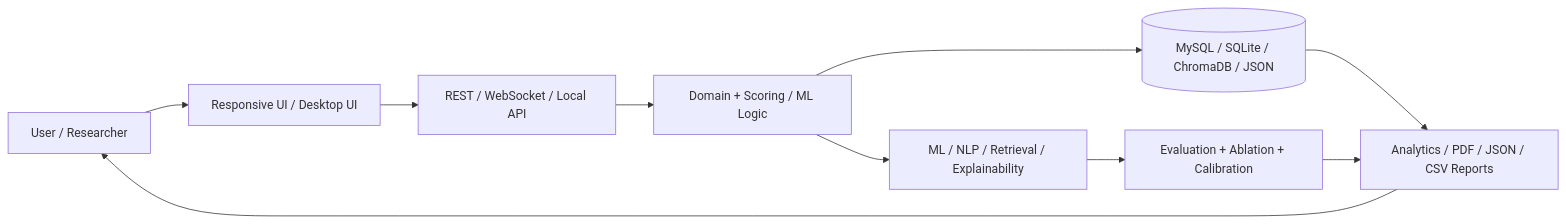
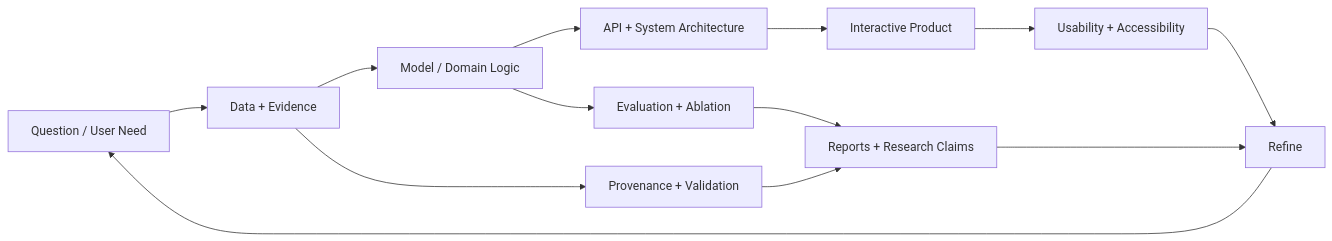
The diagram in README.md (tahmidd01/tahmidd01), drawn with Mermaid before and after one commit. The commit also changed other lines of this file, not shown here.

````diff
--- a/README.md
+++ b/README.md
@@ -289,12 +181,15 @@
 ```mermaid
 flowchart LR
-    U[User / Researcher] --> UI[Responsive UI / Desktop UI]
-    UI --> API[REST / WebSocket / Local API]
-    API --> CORE[Domain + Scoring / ML Logic]
-    CORE --> DB[(MySQL / SQLite / ChromaDB / JSON)]
-    CORE --> ML[ML / NLP / Retrieval / Explainability]
-    ML --> EVAL[Evaluation + Ablation + Calibration]
-    DB --> REPORT[Analytics / PDF / JSON / CSV Reports]
-    EVAL --> REPORT
-    REPORT --> U
+    A[Question / User Need] --> B[Data + Evidence]
+    B --> C[Model / Domain Logic]
+    C --> D[API + System Architecture]
+    D --> E[Interactive Product]
+    C --> F[Evaluation + Ablation]
+    B --> G[Provenance + Validation]
+    F --> H[Reports + Research Claims]
+    G --> H
+    E --> I[Usability + Accessibility]
+    H --> J[Refine]
+    I --> J
+    J --> A
 ```
````
